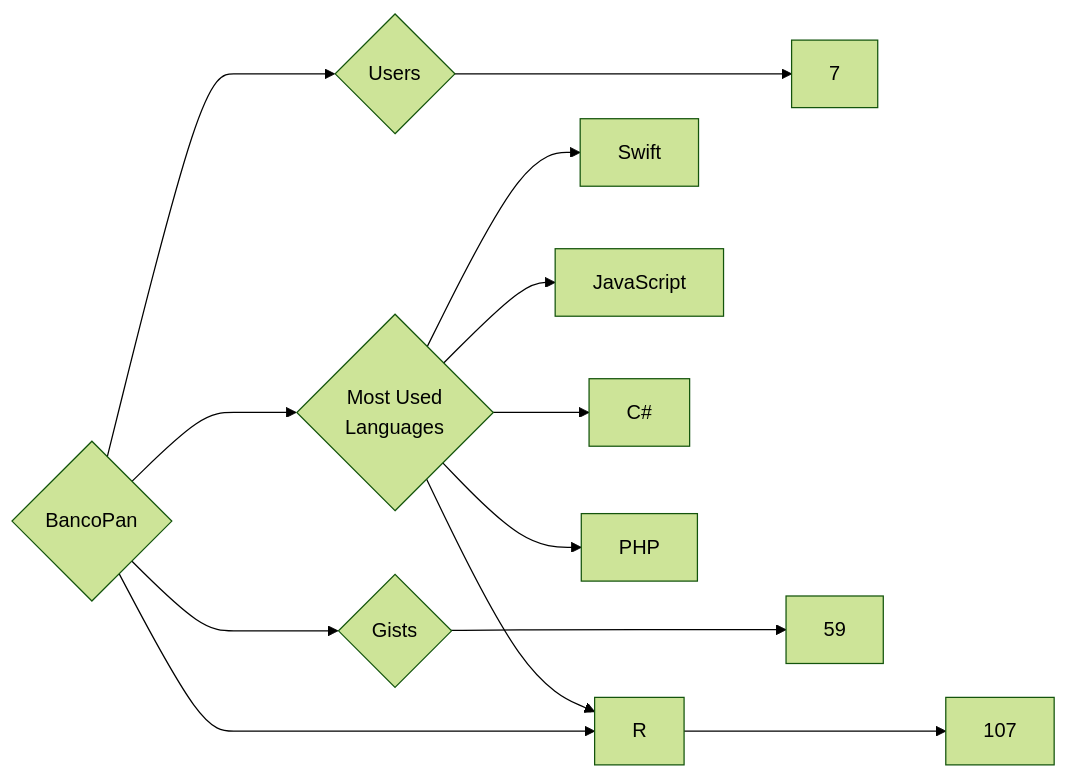
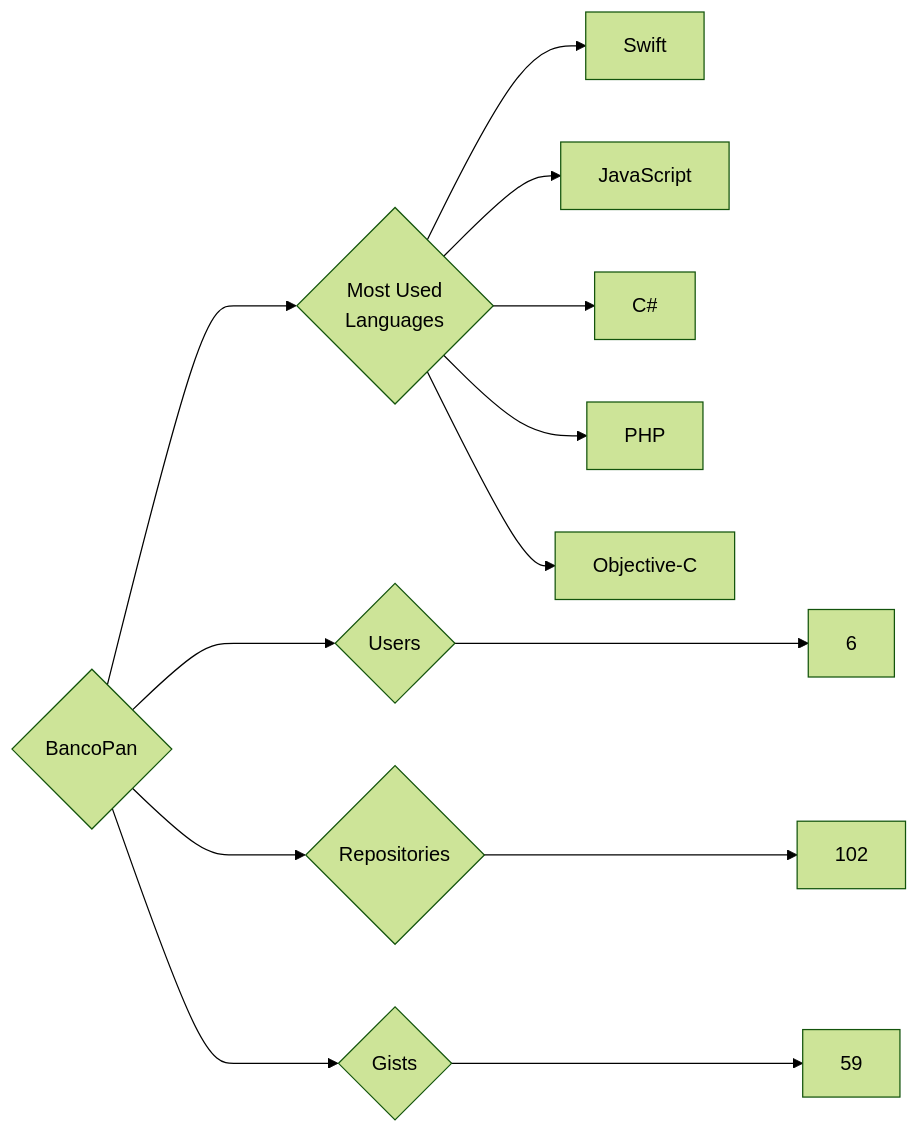
The diagram in targets/BancoPan/README.md (trickest/insiders), drawn with Mermaid (forest theme) before and after one commit. The commit also changed 1092 other files, not shown here.

````diff
--- a/targets/BancoPan/README.md
+++ b/targets/BancoPan/README.md
@@ -3,13 +3,13 @@
 ```mermaid
 graph LR
 COMPANY_NAME{BancoPan}
-COMPANY_NAME ---> U{Users} ---> UN[7]
-COMPANY_NAME ---> R{Repositories} ---> RN[107]
+COMPANY_NAME ---> U{Users} ---> UN[6]
+COMPANY_NAME ---> R{Repositories} ---> RN[102]
 COMPANY_NAME ---> G{Gists} ---> GN[59]
 COMPANY_NAME ---> ML{Most Used<br>Languages}
 ML --> Swift[Swift]
 ML --> JavaScript[JavaScript]
 ML --> C#[C#]
 ML --> PHP[PHP]
-ML --> R[R]
+ML --> Objective-C[Objective-C]
 ```
````
